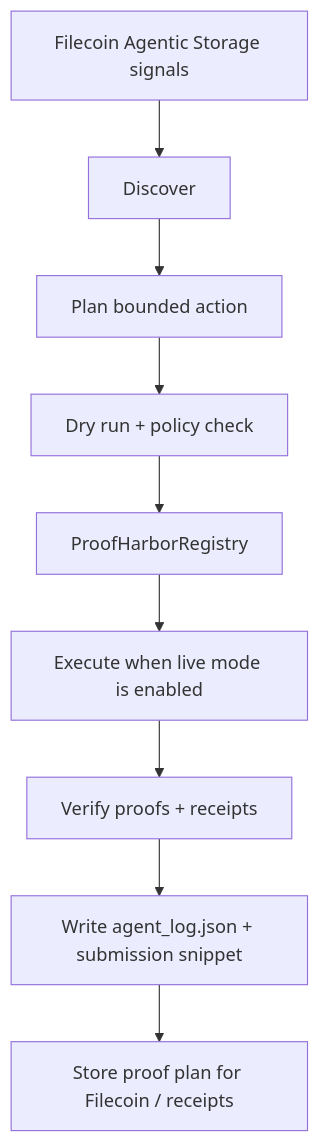
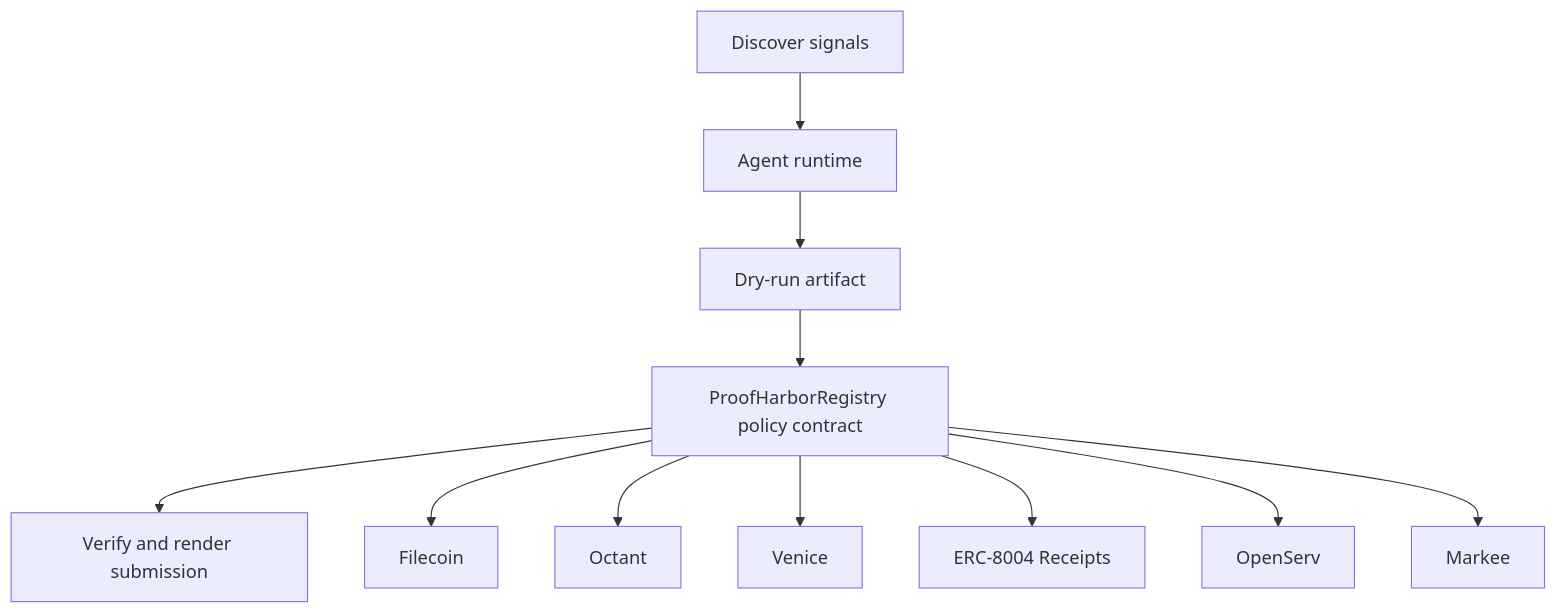
One commit to CrystallineButterfly/Synthesis-Filecoin changed the diagram in README.md. Above: the diagram before and after it, drawn with Mermaid. The commit also changed other lines of this file and 998 other files, not shown here.

Commit message:
Implement bounded agent runtime

````diff
--- a/README.md
+++ b/README.md
@@ -30,11 +26,15 @@
-        ```mermaid
-        flowchart TD
-    Signals[Filecoin Agentic Storage signals] --> Discover[Discover]
-    Discover --> Plan[Plan bounded action]
-    Plan --> DryRun[Dry run + policy check]
-    DryRun --> Guard[ProofHarborRegistry]
-    Guard --> Execute[Execute when live mode is enabled]
-    Execute --> Verify[Verify proofs + receipts]
-    Verify --> Persist[Write agent_log.json + submission snippet]
-    Persist --> Storage[Store proof plan for Filecoin / receipts]
-        ```
+```mermaid
+flowchart TD
+    Signals[Discover signals]
+    Planner[Agent runtime]
+    DryRun[Dry-run artifact]
+    Contract[ProofHarborRegistry policy contract]
+    Verify[Verify and render submission]
+    Signals --> Planner --> DryRun --> Contract --> Verify
+    Contract --> filecoin[Filecoin]
+    Contract --> octant[Octant]
+    Contract --> venice[Venice]
+    Contract --> erc_8004_receipts[ERC-8004 Receipts]
+    Contract --> openserv[OpenServ]
+    Contract --> markee[Markee]
+```
````
